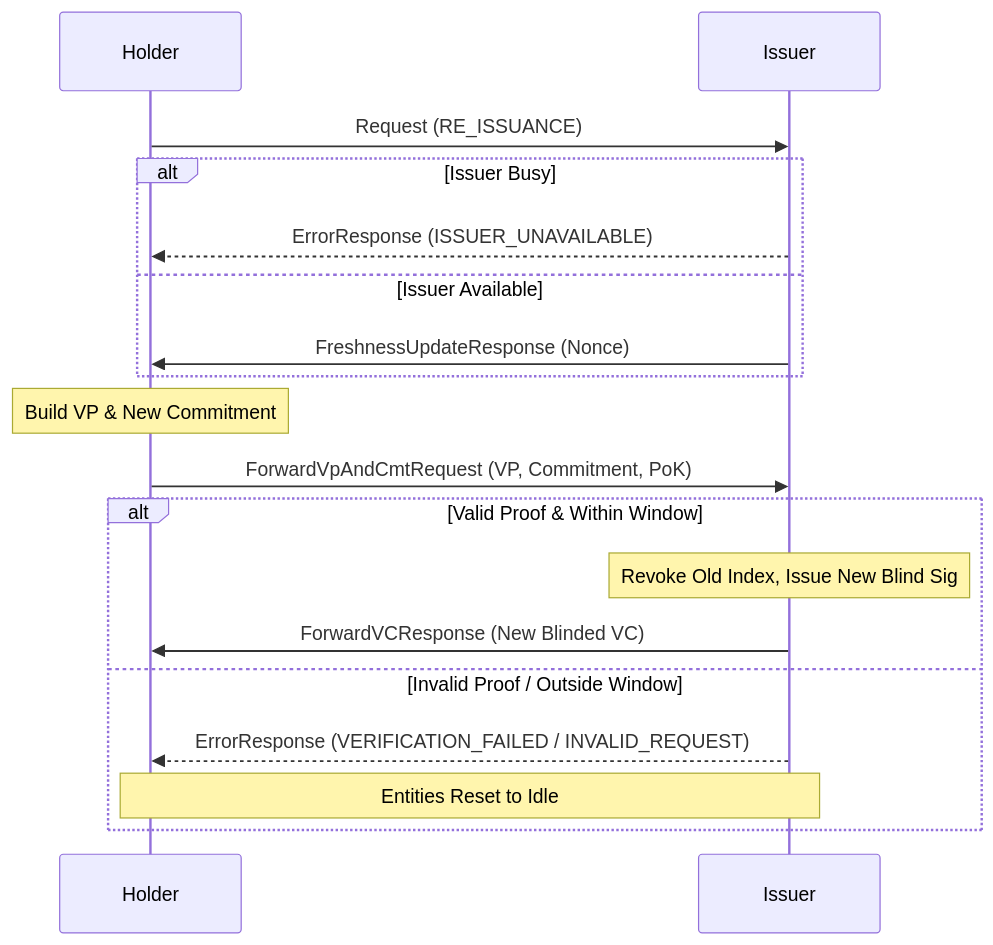
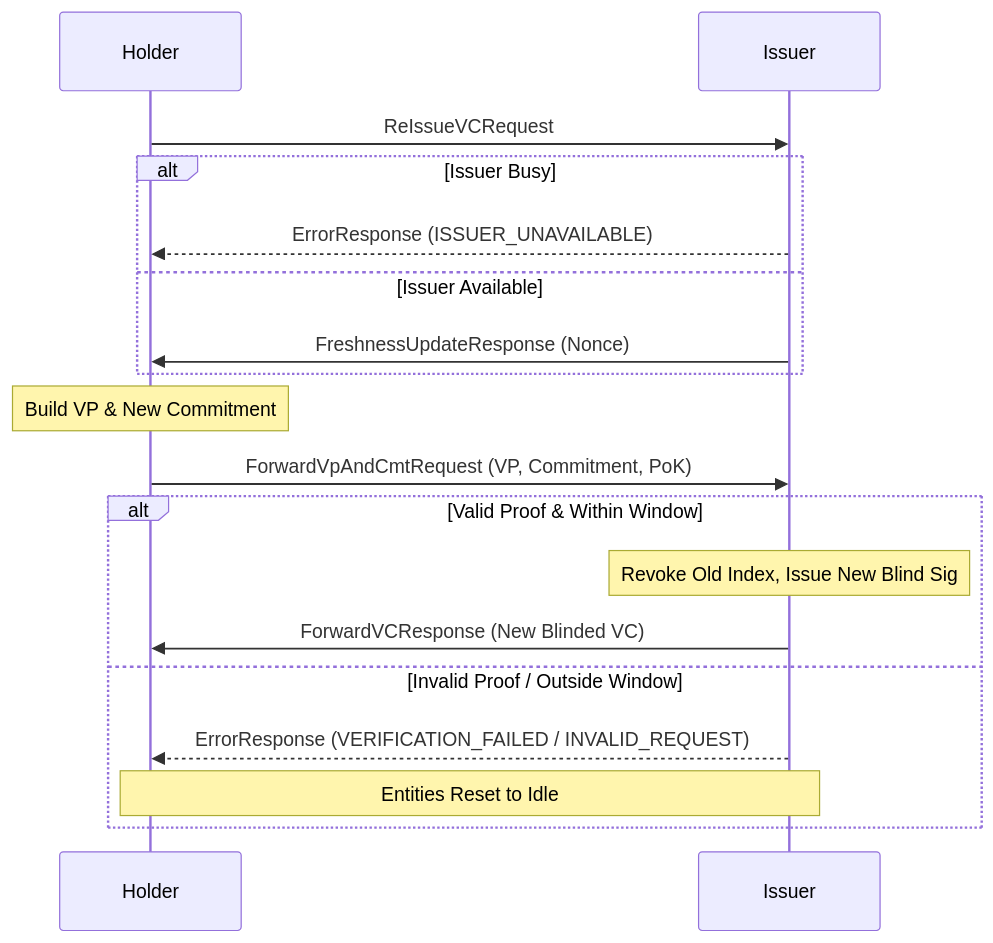
One commit to ilya-smut/BBS-ISS-Prototype-DMU changed the third of 3 diagrams in PROTOCOL_FLOWS.md. Above: the diagram before and after it, drawn with Mermaid. The commit also changed other lines of this file and 3 other files, not shown here.

````diff
--- a/PROTOCOL_FLOWS.md
+++ b/PROTOCOL_FLOWS.md
@@ -97,23 +97,23 @@
 ```mermaid
 sequenceDiagram
     participant H as Holder
     participant I as Issuer
 
-    H->>I: Request (RE_ISSUANCE)
+    H->>I: ReIssueVCRequest
     alt Issuer Busy
         I-->>H: ErrorResponse (ISSUER_UNAVAILABLE)
     else Issuer Available
         I->>H: FreshnessUpdateResponse (Nonce)
     end
 
     Note over H: Build VP & New Commitment
     H->>I: ForwardVpAndCmtRequest (VP, Commitment, PoK)
     
     alt Valid Proof & Within Window
         Note over I: Revoke Old Index, Issue New Blind Sig
         I->>H: ForwardVCResponse (New Blinded VC)
     else Invalid Proof / Outside Window
         I-->>H: ErrorResponse (VERIFICATION_FAILED / INVALID_REQUEST)
         Note over I,H: Entities Reset to Idle
     end
 ```
````
